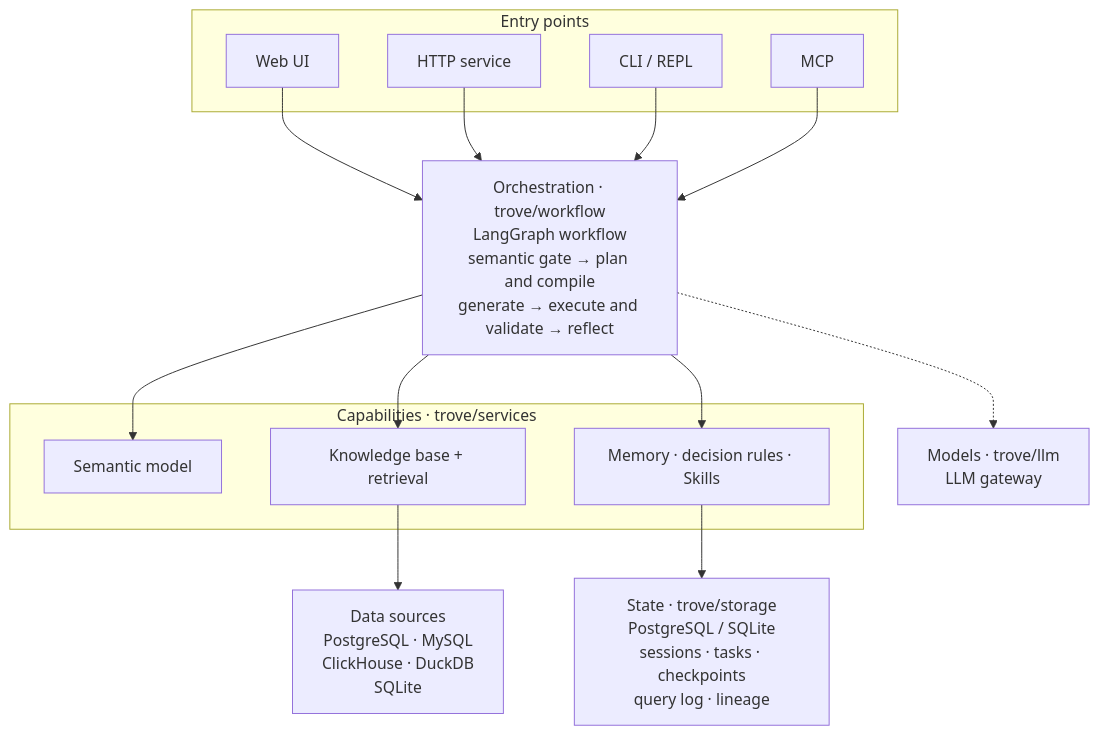
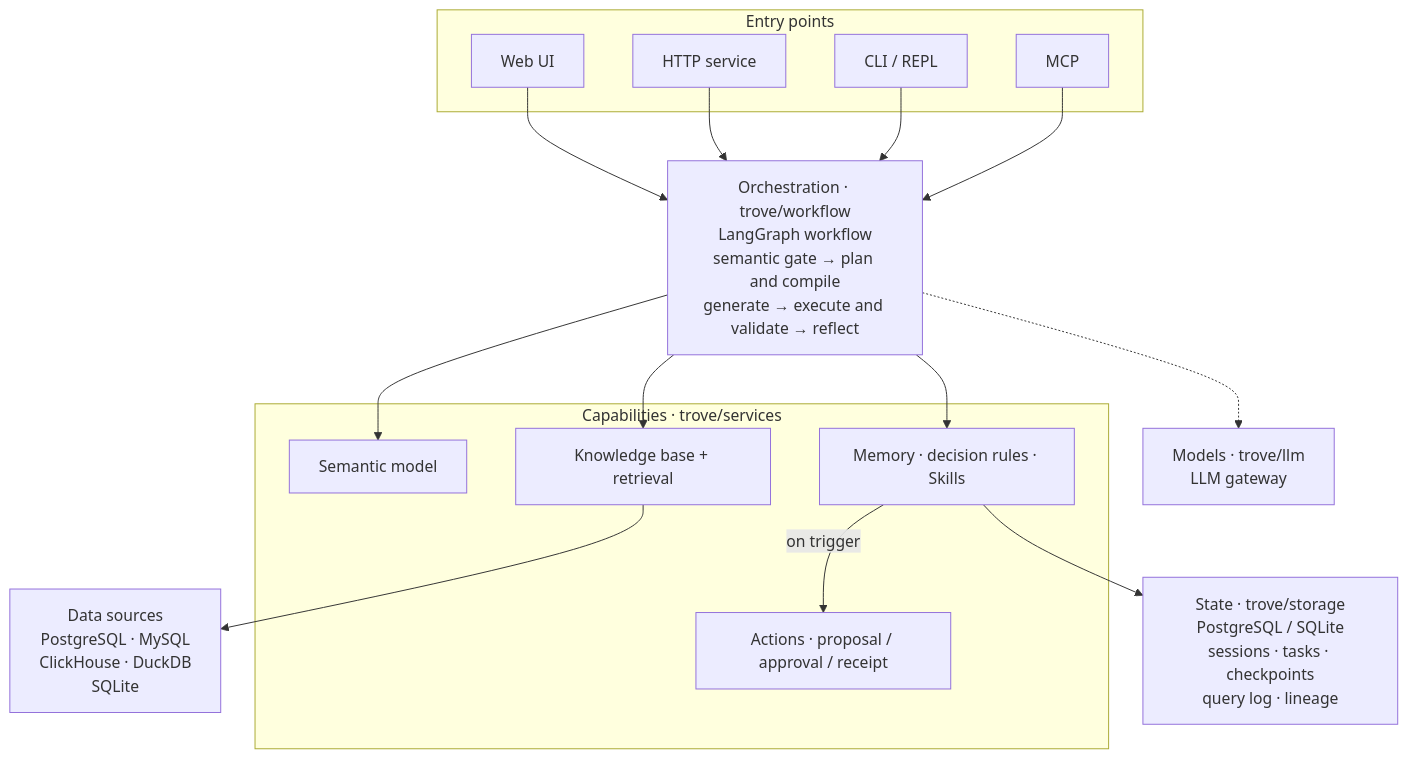
The first of 3 diagrams in README.en.md (Nivane/trove), drawn with Mermaid before and after one commit. The commit also changed other lines of this file and 1 other file, not shown here.

````diff
--- a/README.en.md
+++ b/README.en.md
@@ -43,32 +43,34 @@
 ```mermaid
 flowchart TB
     subgraph entry["Entry points"]
         UI["Web UI"]
         SRV["HTTP service"]
         CLI["CLI / REPL"]
         MCP["MCP"]
     end
 
     WF["Orchestration · trove/workflow<br/>LangGraph workflow<br/>semantic gate → plan and compile<br/>generate → execute and validate → reflect"]
 
     subgraph caps["Capabilities · trove/services"]
         SEM["Semantic model"]
         KB["Knowledge base + retrieval"]
         MEM["Memory · decision rules · Skills"]
+        ACT["Actions · proposal / approval / receipt"]
     end
 
     LLM["Models · trove/llm<br/>LLM gateway"]
     DS["Data sources<br/>PostgreSQL · MySQL<br/>ClickHouse · DuckDB<br/>SQLite"]
     STATE["State · trove/storage<br/>PostgreSQL / SQLite<br/>sessions · tasks · checkpoints<br/>query log · lineage"]
 
     UI --> WF
     SRV --> WF
     CLI --> WF
     MCP --> WF
     WF --> SEM
     WF --> KB
     WF --> MEM
+    MEM -->|"on trigger"| ACT
     WF -.-> LLM
     KB --> DS
     MEM --> STATE
 ```
````
